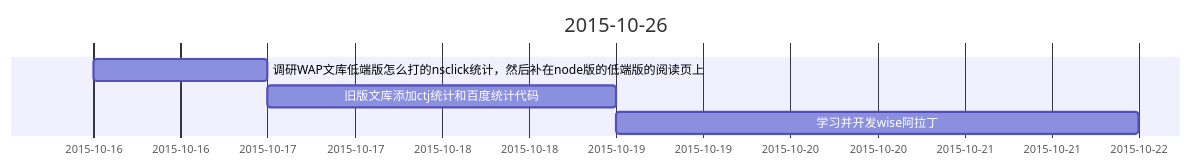
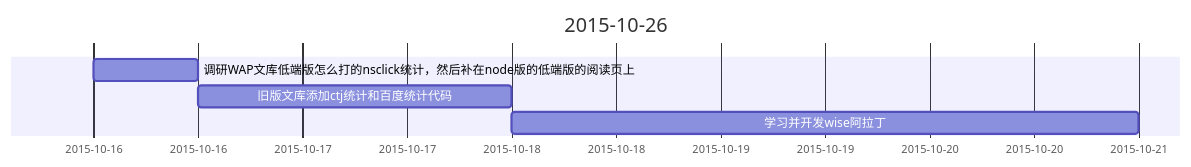
One commit to Arnoldnuo/workflow changed the diagram in 2015-10-26.mmd. Above: the diagram before and after it, drawn with Mermaid. The commit also changed 2 other files, not shown here.

```diff
--- a/2015-10-26.mmd
+++ b/2015-10-26.mmd
@@ -1,6 +1,6 @@
 gantt
     dateFormat YYYY-MM-DD
     title 2015-10-26
-    调研WAP文库低端版怎么打的nsclick统计，然后补在node版的低端版的阅读页上:w1, 2015-10-16, 0.5d
-    旧版文库添加ctj统计和百度统计代码:w2, after w1, 1.5d
-    学习并开发wise阿拉丁:w3, after w2, 3d
+    调研WAP文库低端版怎么打的nsclick统计，然后补在node版的低端版的阅读页上:a1, 2015-10-16, 12h
+    旧版文库添加ctj统计和百度统计代码:a2, after a1, 36h
+    学习并开发wise阿拉丁:a3, after a2, 3d
```
